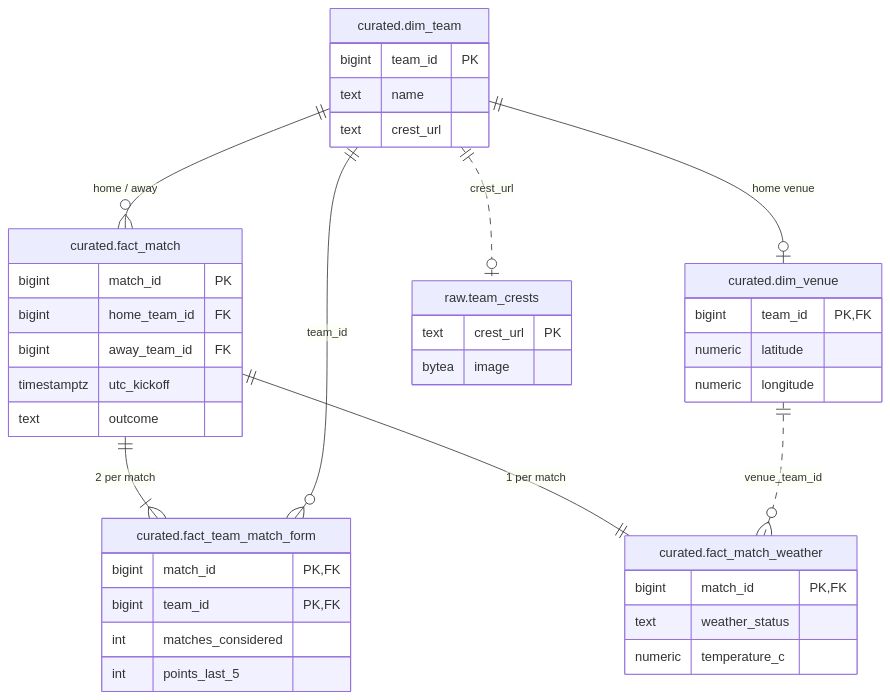
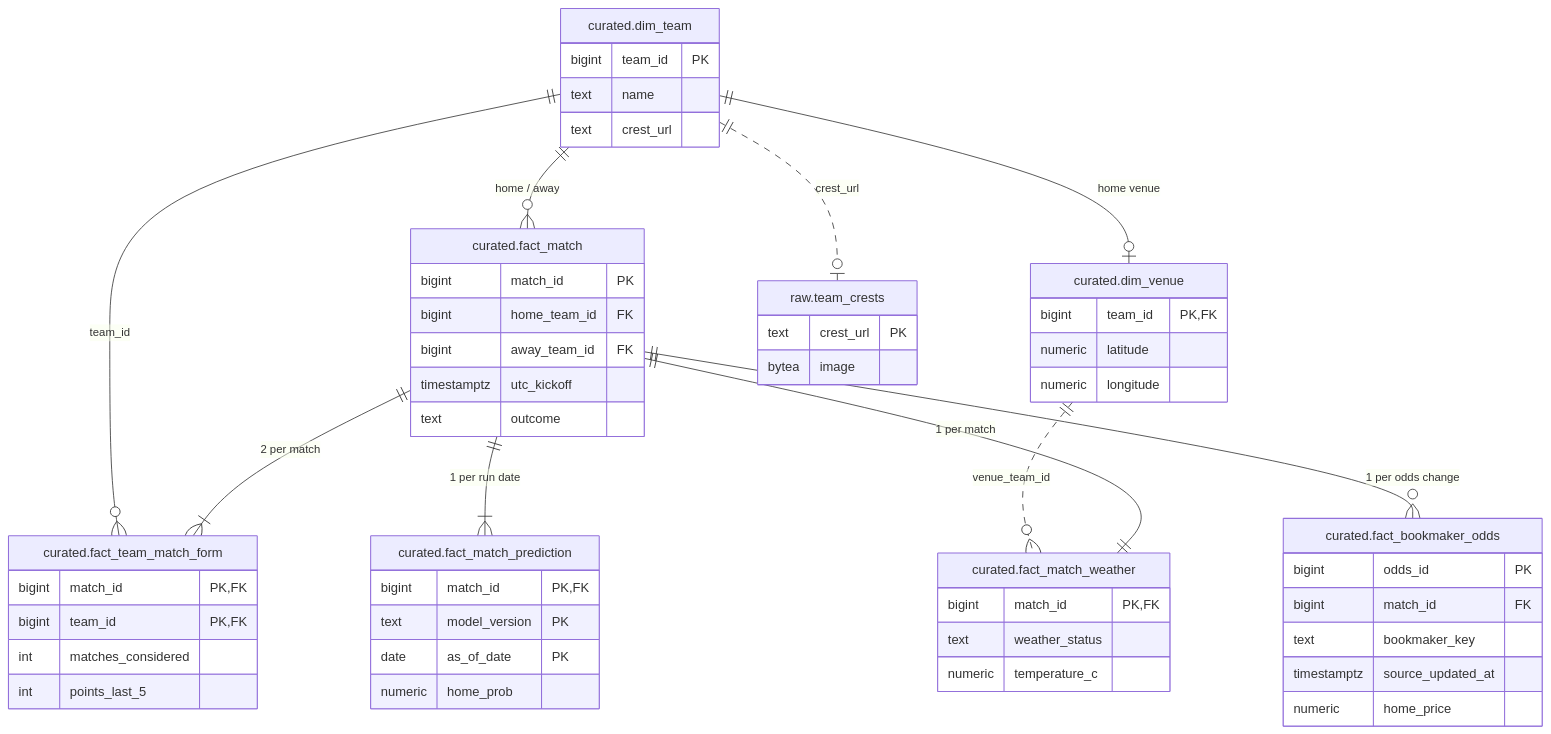
The first of 2 diagrams in README.md (Elias-Martinelli/deng), drawn with Mermaid before and after one commit. The commit also changed other lines of this file and 33 other files, not shown here.

````diff
--- a/README.md
+++ b/README.md
@@ -252,43 +279,58 @@
 ```mermaid
 erDiagram
     dim_team["curated.dim_team"] {
         bigint team_id PK
         text name
         text crest_url
     }
     dim_venue["curated.dim_venue"] {
         bigint team_id PK, FK
         numeric latitude
         numeric longitude
     }
     fact_match["curated.fact_match"] {
         bigint match_id PK
         bigint home_team_id FK
         bigint away_team_id FK
         timestamptz utc_kickoff
         text outcome
     }
     fact_team_match_form["curated.fact_team_match_form"] {
         bigint match_id PK, FK
         bigint team_id PK, FK
         int matches_considered
         int points_last_5
     }
     fact_match_weather["curated.fact_match_weather"] {
         bigint match_id PK, FK
         text weather_status
         numeric temperature_c
     }
+    fact_match_prediction["curated.fact_match_prediction"] {
+        bigint match_id PK, FK
+        text model_version PK
+        date as_of_date PK
+        numeric home_prob
+    }
+    fact_bookmaker_odds["curated.fact_bookmaker_odds"] {
+        bigint odds_id PK
+        bigint match_id FK
+        text bookmaker_key
+        timestamptz source_updated_at
+        numeric home_price
+    }
     team_crests["raw.team_crests"] {
         text crest_url PK
         bytea image
     }
 
     dim_team ||--o{ fact_match : "home / away"
     fact_match ||--|{ fact_team_match_form : "2 per match"
     dim_team ||--o{ fact_team_match_form : "team_id"
     fact_match ||--|| fact_match_weather : "1 per match"
+    fact_match ||--|{ fact_match_prediction : "1 per run date"
+    fact_match ||--o{ fact_bookmaker_odds : "1 per odds change"
     dim_team ||--o| dim_venue : "home venue"
     dim_venue ||..o{ fact_match_weather : "venue_team_id"
     dim_team ||..o| team_crests : "crest_url"
 ```
````
